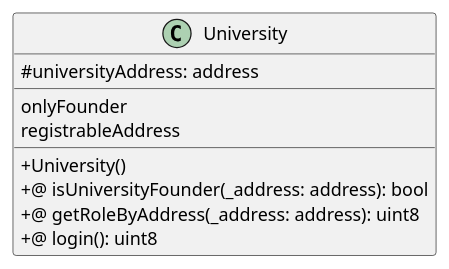
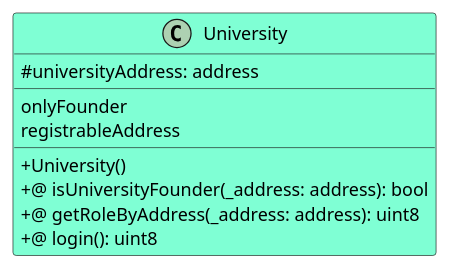
One commit to M9k/Marvin-Uml changed the diagram in Solidity/Contracts/University.iuml. Above: the diagram before and after it, drawn with PlantUML. The commit also changed 9 other files, not shown here.

```diff
--- a/Solidity/Contracts/University.iuml
+++ b/Solidity/Contracts/University.iuml
@@ -1,14 +1,14 @@
 @startuml
 skinparam classAttributeIconSize 0
-class University{
+class University #AquaMarine {
 #universityAddress: address
 __
 onlyFounder
 registrableAddress
 __
 +University()
 +@ isUniversityFounder(_address: address): bool
 +@ getRoleByAddress(_address: address): uint8
 +@ login(): uint8
 }
 @enduml
```
